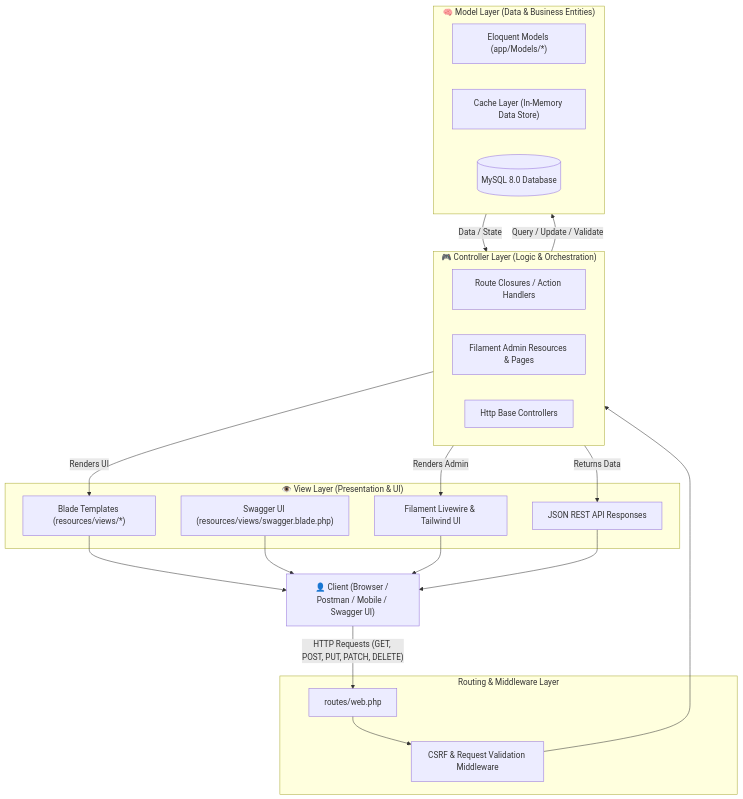
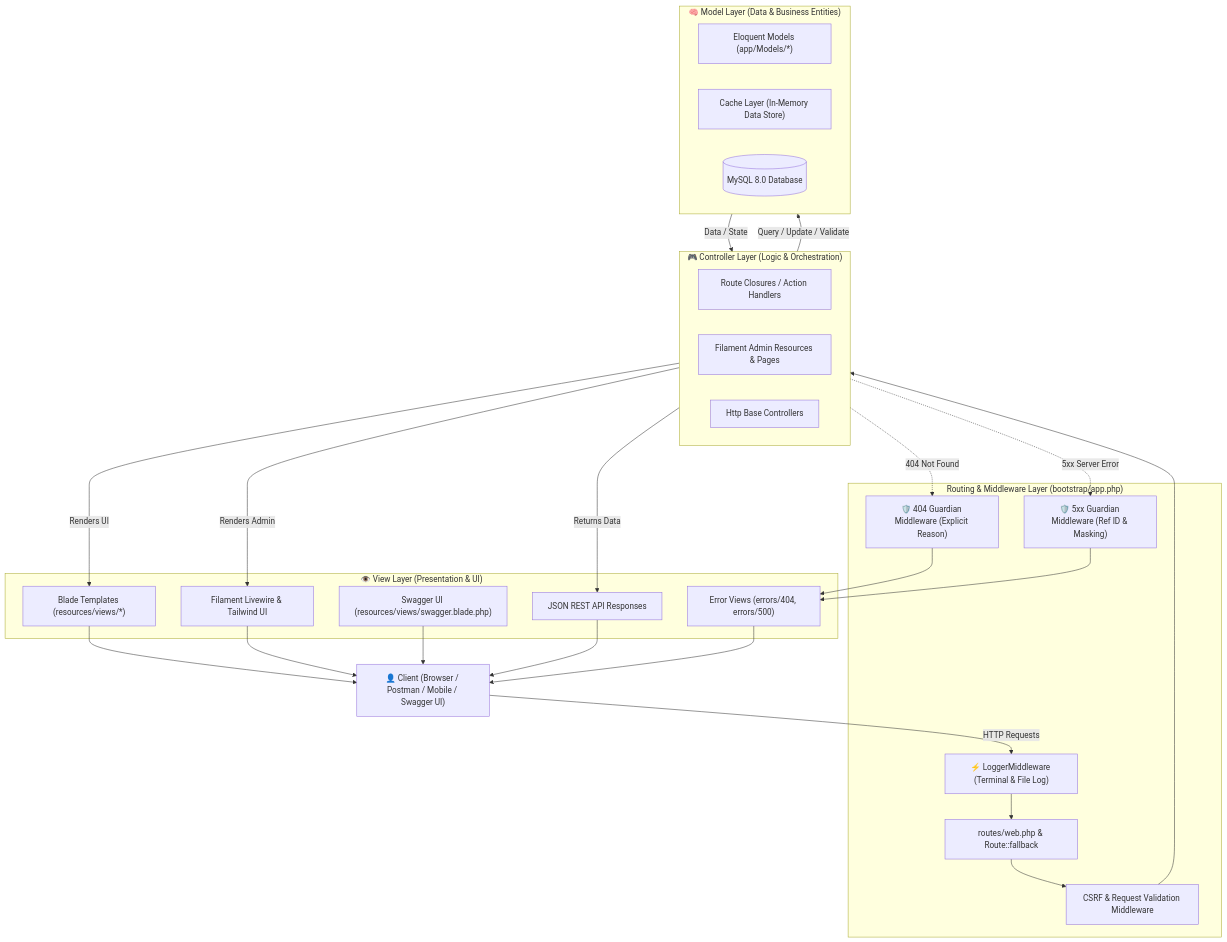
Before and after one commit to gamze-sueda-akpinar/alumni: the first of 2 diagrams in README.md, drawn with Mermaid. The commit also changed other lines of this file and 12 other files, not shown here.

First line of the commit message:
feat(middleware): Implement Logger, Guardian middlewares, persistent error logging, and generic 404 page

````diff
--- a/README.md
+++ b/README.md
@@ -181,41 +188,51 @@
 ```mermaid
 flowchart TD
     Client["👤 Client (Browser / Postman / Mobile / Swagger UI)"]
     
-    subgraph Routing["Routing & Middleware Layer"]
-        WebRoute["routes/web.php"]
+    subgraph Routing["Routing & Middleware Layer (bootstrap/app.php)"]
+        LoggerMid["⚡ LoggerMiddleware (Terminal & File Log)"]
+        WebRoute["routes/web.php & Route::fallback"]
         CSRF["CSRF & Request Validation Middleware"]
+        Guardian404["🛡️ 404 Guardian Middleware (Explicit Reason)"]
+        Guardian5xx["🛡️ 5xx Guardian Middleware (Ref ID & Masking)"]
     end
     
     subgraph Controller["🎮 Controller Layer (Logic & Orchestration)"]
         RouteClosures["Route Closures / Action Handlers"]
         FilamentRes["Filament Admin Resources & Pages"]
         HttpCtrl["Http Base Controllers"]
     end
     
     subgraph Model["🧠 Model Layer (Data & Business Entities)"]
         Eloquent["Eloquent Models (app/Models/*)"]
         CacheLayer["Cache Layer (In-Memory Data Store)"]
         MySQL[("MySQL 8.0 Database")]
     end
     
     subgraph View["👁️ View Layer (Presentation & UI)"]
         BladeViews["Blade Templates (resources/views/*)"]
+        ErrorViews["Error Views (errors/404, errors/500)"]
         SwaggerUI["Swagger UI (resources/views/swagger.blade.php)"]
         FilamentUI["Filament Livewire & Tailwind UI"]
         JSONRes["JSON REST API Responses"]
     end
 
-    Client -->|"HTTP Requests (GET, POST, PUT, PATCH, DELETE)"| WebRoute
+    Client -->|"HTTP Requests"| LoggerMid
+    LoggerMid --> WebRoute
     WebRoute --> CSRF
     CSRF --> Controller
     Controller -->|"Query / Update / Validate"| Model
     Model -->|"Data / State"| Controller
     Controller -->|"Renders UI"| BladeViews
     Controller -->|"Renders Admin"| FilamentUI
     Controller -->|"Returns Data"| JSONRes
+    Controller -.->|"404 Not Found"| Guardian404
+    Controller -.->|"5xx Server Error"| Guardian5xx
+    Guardian404 --> ErrorViews
+    Guardian5xx --> ErrorViews
     BladeViews --> Client
+    ErrorViews --> Client
     SwaggerUI --> Client
     FilamentUI --> Client
     JSONRes --> Client
 ```
````
